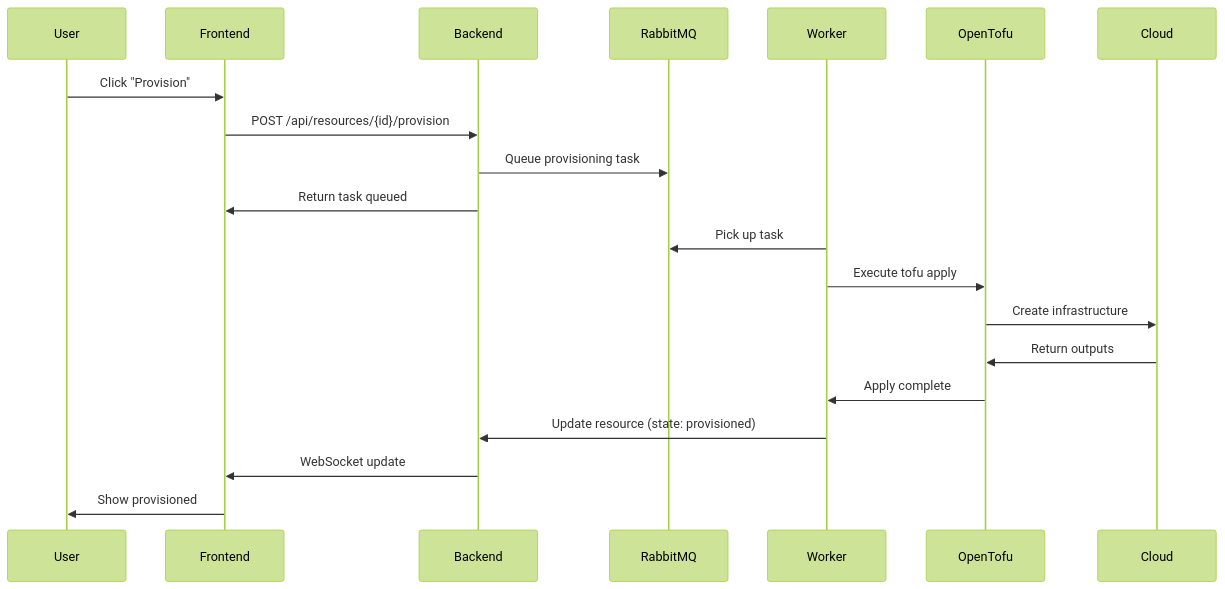
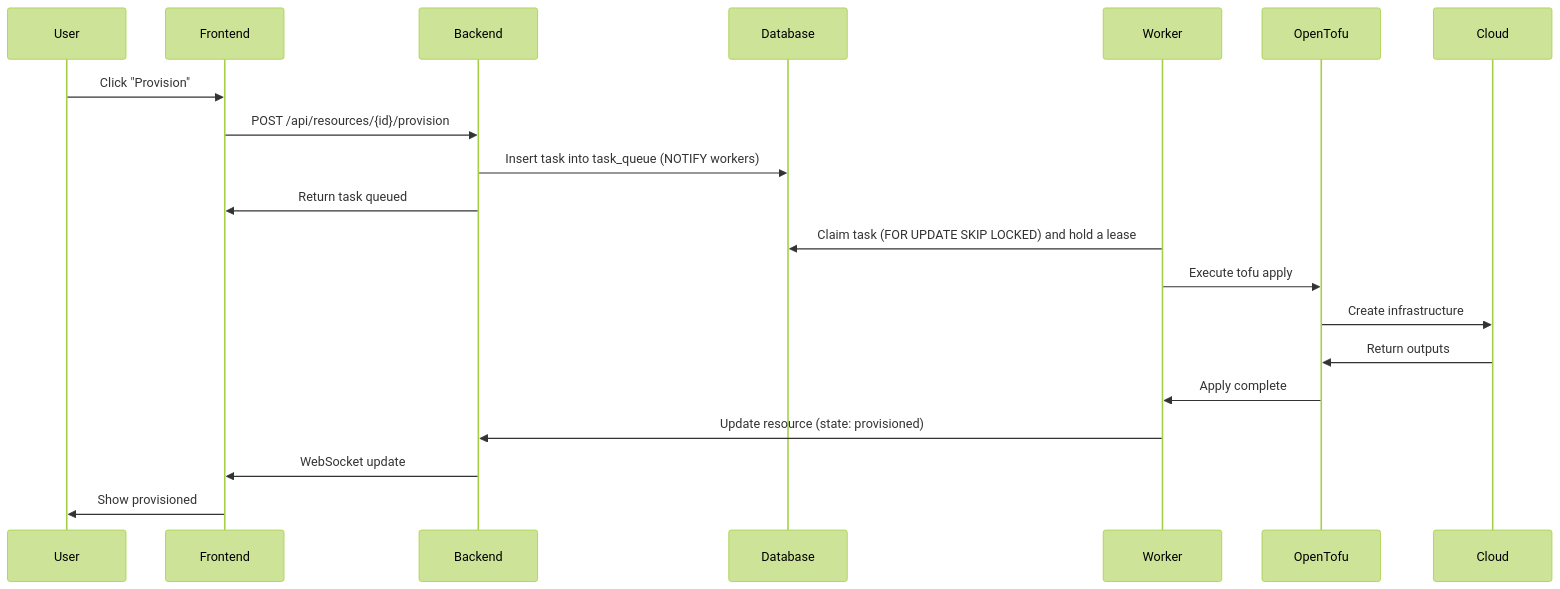
One commit to electrolux-oss/infrakitchen changed the second of 3 diagrams in docs/architecture.mdx. Above: the diagram before and after it, drawn with Mermaid (forest theme). The commit also changed other lines of this file and 81 other files, not shown here.

````diff
--- a/docs/architecture.mdx
+++ b/docs/architecture.mdx
@@ -46,24 +46,24 @@
 ```mermaid
 sequenceDiagram
     participant User
     participant Frontend
     participant Backend
-    participant RabbitMQ
+    participant Database
     participant Worker
     participant OpenTofu
     participant Cloud
 
     User->>Frontend: Click "Provision"
     Frontend->>Backend: POST /api/resources/{id}/provision
-    Backend->>RabbitMQ: Queue provisioning task
+    Backend->>Database: Insert task into task_queue (NOTIFY workers)
     Backend->>Frontend: Return task queued
 
-    Worker->>RabbitMQ: Pick up task
+    Worker->>Database: Claim task (FOR UPDATE SKIP LOCKED) and hold a lease
     Worker->>OpenTofu: Execute tofu apply
     OpenTofu->>Cloud: Create infrastructure
     Cloud->>OpenTofu: Return outputs
     OpenTofu->>Worker: Apply complete
     Worker->>Backend: Update resource (state: provisioned)
     Backend->>Frontend: WebSocket update
     Frontend->>User: Show provisioned
 ```
````
